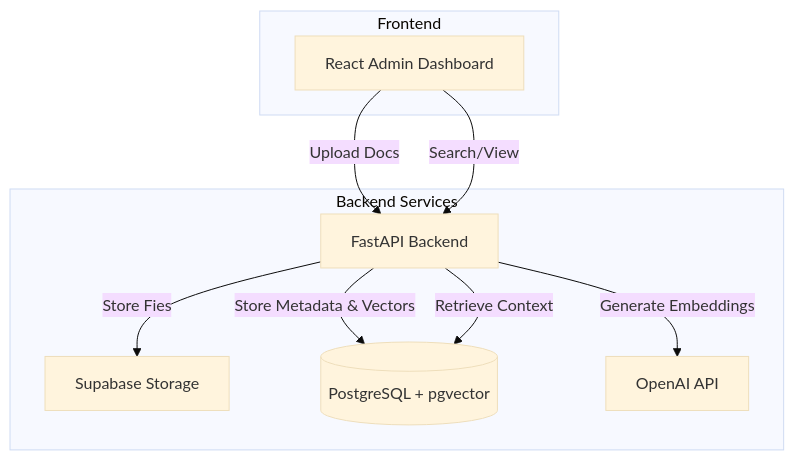
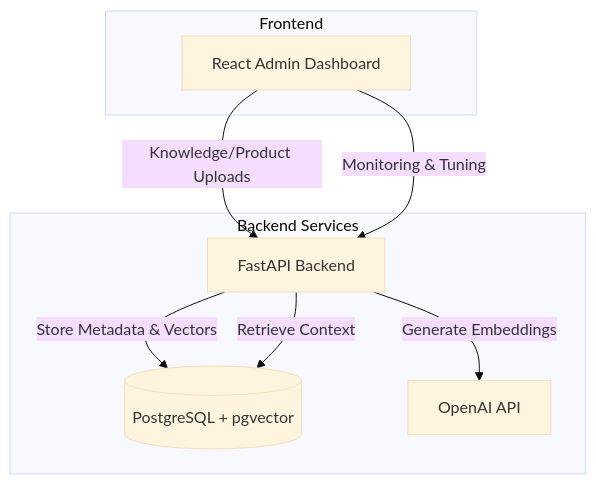
Before and after one commit to BestAchadirect/Project_WebChat: the diagram in docs/architecture.md, drawn with Mermaid (base theme). The commit also changed other lines of this file and 22 other files, not shown here.

````diff
--- a/docs/architecture.md
+++ b/docs/architecture.md
@@ -5,20 +5,18 @@
 ```mermaid
 graph TB
     subgraph "Frontend"
         Admin[React Admin Dashboard]
     end
-    
+
     subgraph "Backend Services"
         API[FastAPI Backend]
-        Storage[Supabase Storage]
         DB[(PostgreSQL + pgvector)]
         OpenAI[OpenAI API]
     end
-    
-    Admin -->|Upload Docs| API
-    Admin -->|Search/View| API
-    API -->|Store Fies| Storage
+
+    Admin -->|Knowledge/Product Uploads| API
+    Admin -->|Monitoring & Tuning| API
     API -->|Store Metadata & Vectors| DB
     API -->|Generate Embeddings| OpenAI
     API -->|Retrieve Context| DB
 ```
````
